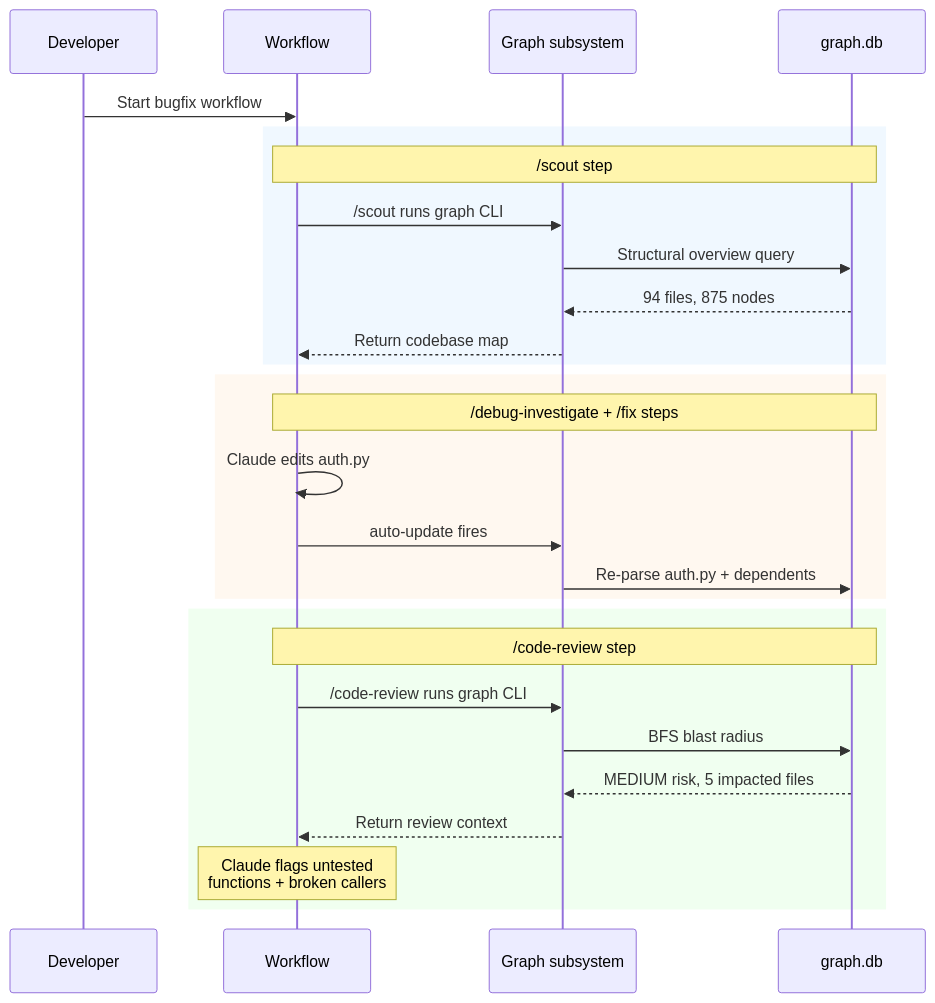
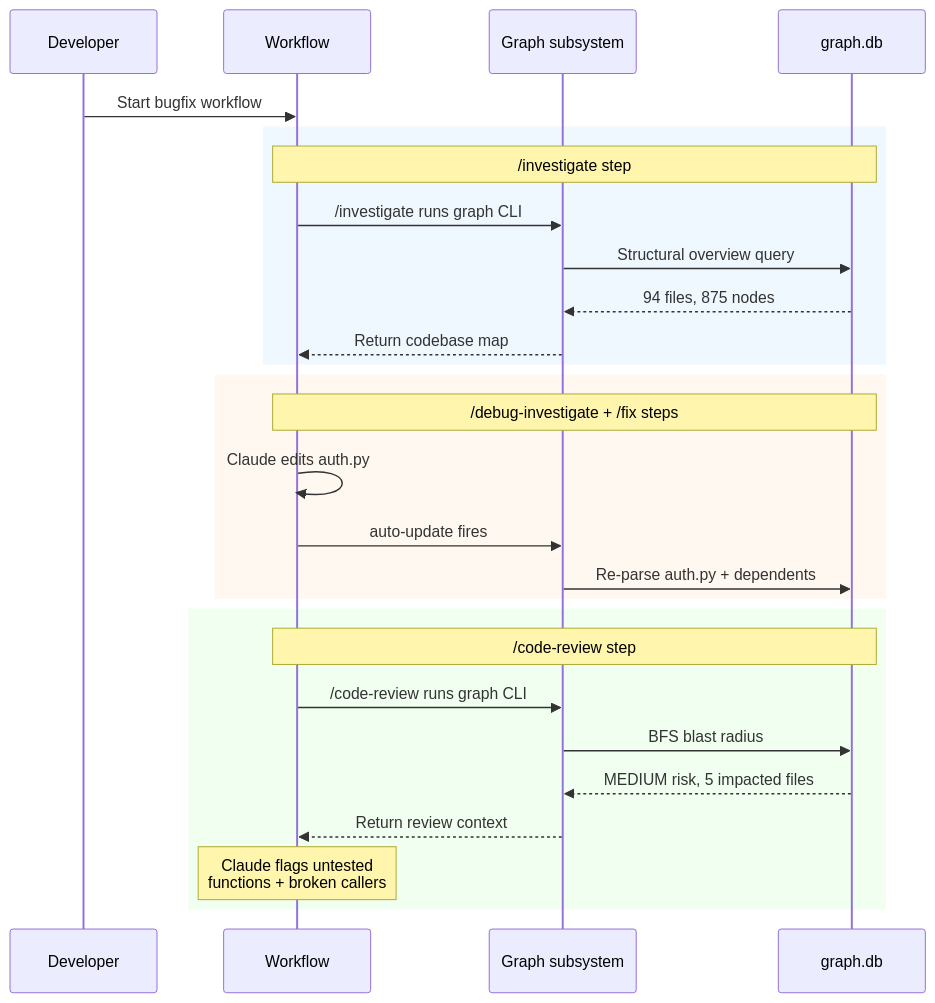
Before and after one commit to duc01226/easy-claude: diagram 18 of 20 in .claude/docs/claude-ai-agent-framework-guide.md, drawn with Mermaid. The commit also changed other lines of this file and 517 other files, not shown here.

````diff
--- a/.claude/docs/claude-ai-agent-framework-guide.md
+++ b/.claude/docs/claude-ai-agent-framework-guide.md
@@ -3016,33 +3015,33 @@
 ```mermaid
 sequenceDiagram
     participant Dev as Developer
     participant WF as Workflow
     participant GH as Graph subsystem
     participant DB as graph.db
 
     Dev->>WF: Start bugfix workflow
 
     rect rgb(240, 248, 255)
-        Note over WF,DB: /scout step
-        WF->>GH: /scout runs graph CLI
+        Note over WF,DB: /investigate step
+        WF->>GH: /investigate runs graph CLI
         GH->>DB: Structural overview query
         DB-->>GH: 94 files, 875 nodes
         GH-->>WF: Return codebase map
     end
 
     rect rgb(255, 248, 240)
         Note over WF,DB: /debug-investigate + /fix steps
         WF->>WF: Claude edits auth.py
         WF->>GH: auto-update fires
         GH->>DB: Re-parse auth.py + dependents
     end
 
     rect rgb(240, 255, 240)
         Note over WF,DB: /code-review step
         WF->>GH: /code-review runs graph CLI
         GH->>DB: BFS blast radius
         DB-->>GH: MEDIUM risk, 5 impacted files
         GH-->>WF: Return review context
         Note over WF: Claude flags untested<br/>functions + broken callers
     end
 ```
````
